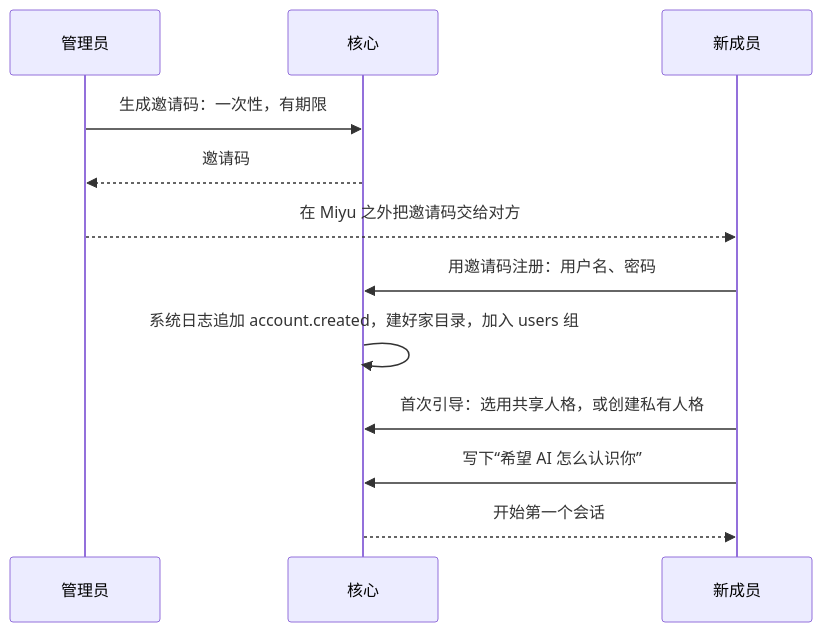
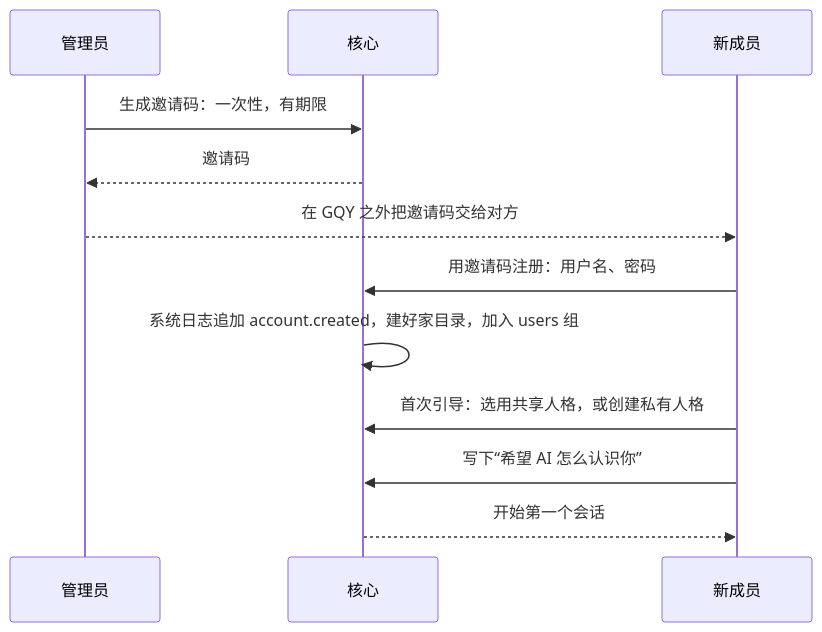
The third of 4 diagrams in docs/designs/06-多用户与身份.md (yxxbc/GQYv2), drawn with Mermaid before and after one commit. The commit also changed other lines of this file and 531 other files, not shown here.

Commit message:
docs: replace all miyu references with gqy

````diff
--- a/docs/designs/06-多用户与身份.md
+++ b/docs/designs/06-多用户与身份.md
@@ -134,14 +134,14 @@
 ```mermaid
 sequenceDiagram
     participant A as 管理员
     participant C as 核心
     participant M as 新成员
     A->>C: 生成邀请码：一次性，有期限
     C-->>A: 邀请码
-    A-->>M: 在 Miyu 之外把邀请码交给对方
+    A-->>M: 在 GQY 之外把邀请码交给对方
     M->>C: 用邀请码注册：用户名、密码
     C->>C: 系统日志追加 account.created，建好家目录，加入 users 组
     M->>C: 首次引导：选用共享人格，或创建私有人格
     M->>C: 写下“希望 AI 怎么认识你”
     C-->>M: 开始第一个会话
 ```
````
